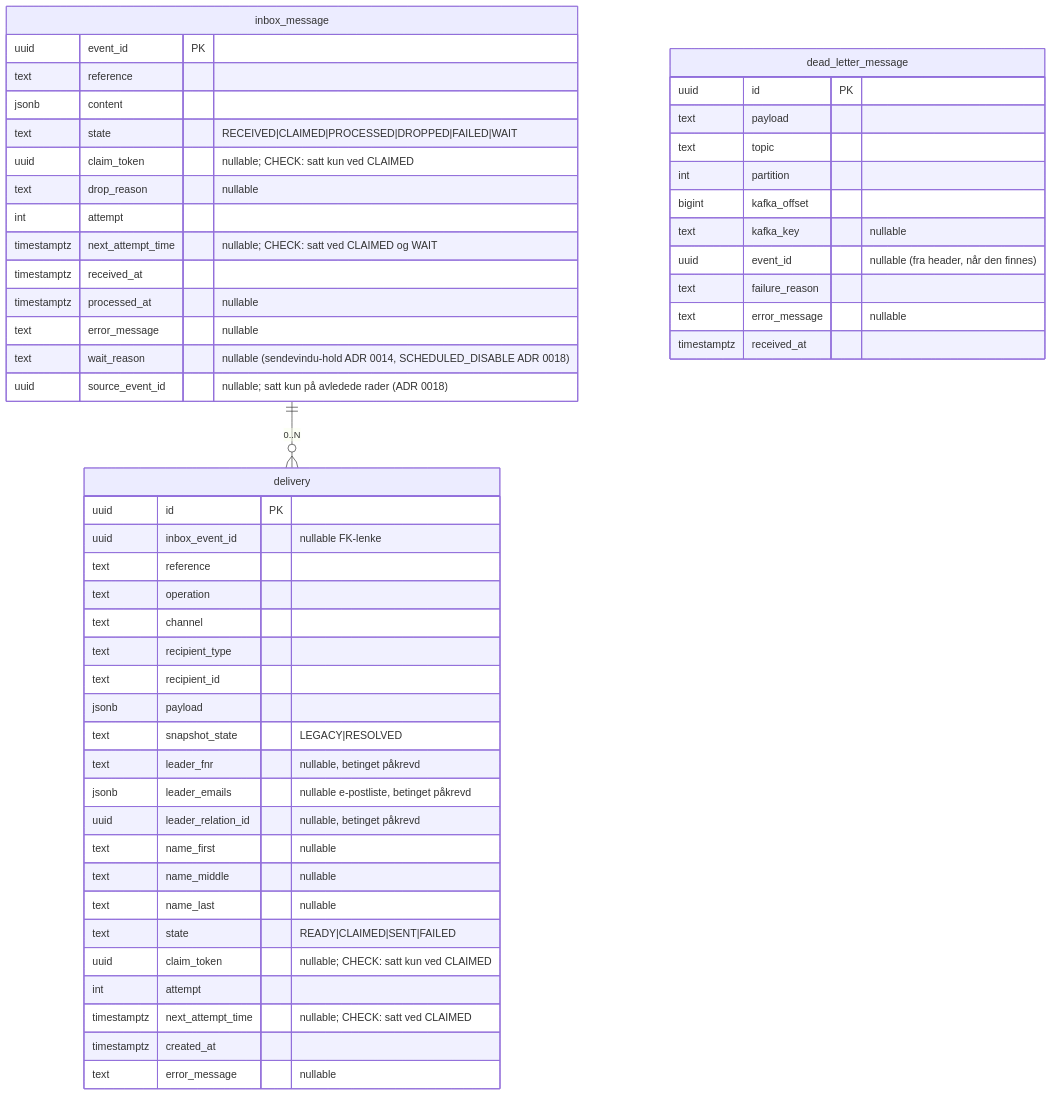
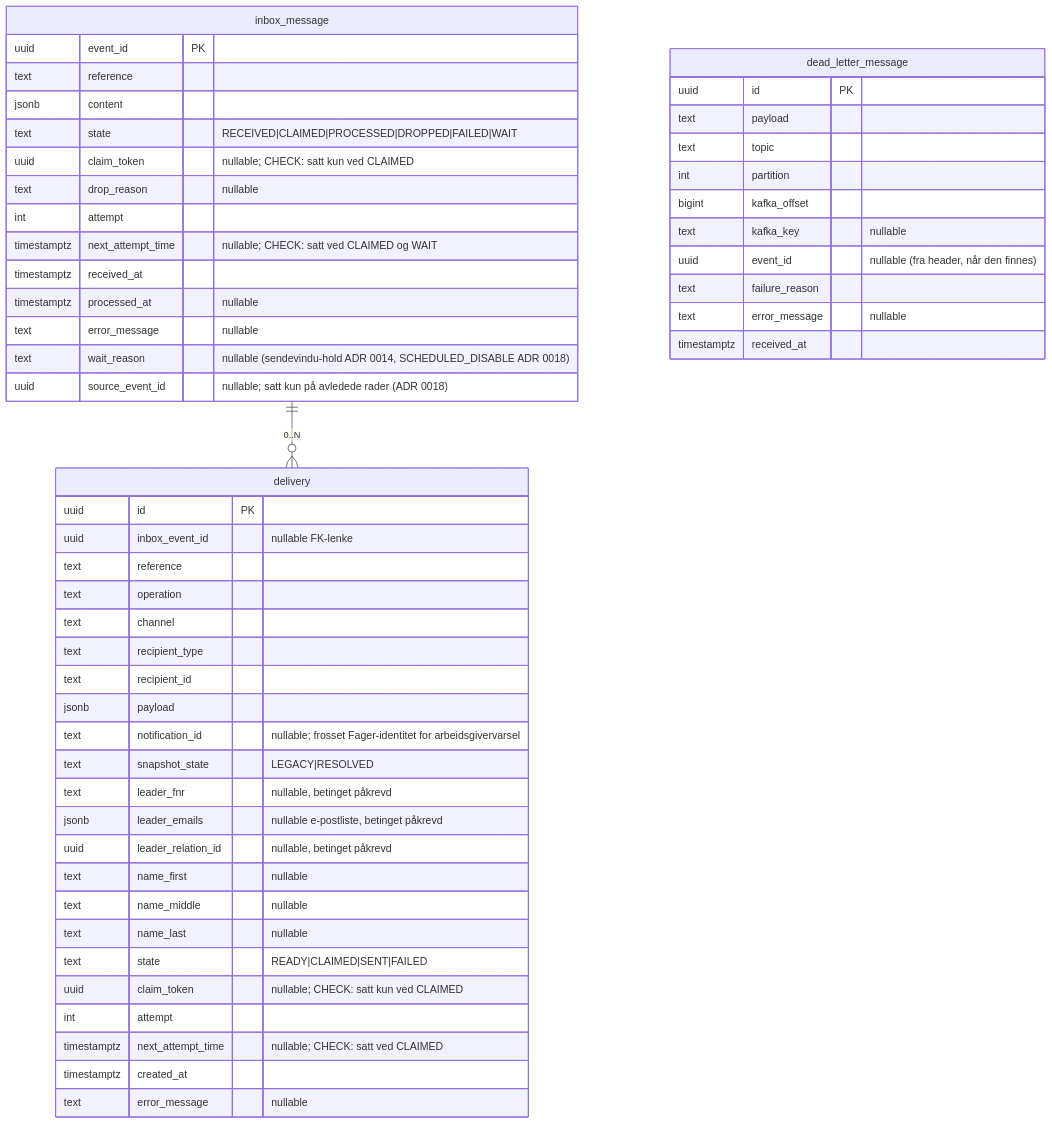
One commit to navikt/syfo-budstikka changed the diagram in docs/datamodell.md. Above: the diagram before and after it, drawn with Mermaid. The commit also changed other lines of this file and 22 other files, not shown here.

````diff
--- a/docs/datamodell.md
+++ b/docs/datamodell.md
@@ -8,57 +8,58 @@
 ```mermaid
 erDiagram
     inbox_message ||--o{ delivery : "0..N"
 
     inbox_message {
         uuid        event_id PK
         text        reference
         jsonb       content
         text        state "RECEIVED|CLAIMED|PROCESSED|DROPPED|FAILED|WAIT"
         uuid        claim_token "nullable; CHECK: satt kun ved CLAIMED"
         text        drop_reason "nullable"
         int         attempt
         timestamptz next_attempt_time "nullable; CHECK: satt ved CLAIMED og WAIT"
         timestamptz received_at
         timestamptz processed_at "nullable"
         text        error_message "nullable"
         text        wait_reason "nullable (sendevindu-hold ADR 0014, SCHEDULED_DISABLE ADR 0018)"
         uuid        source_event_id "nullable; satt kun på avledede rader (ADR 0018)"
     }
 
     delivery {
         uuid        id PK
         uuid        inbox_event_id "nullable FK-lenke"
         text        reference
         text        operation
         text        channel
         text        recipient_type
         text        recipient_id
         jsonb       payload
+        text        notification_id "nullable; frosset Fager-identitet for arbeidsgivervarsel"
         text        snapshot_state "LEGACY|RESOLVED"
         text        leader_fnr "nullable, betinget påkrevd"
         jsonb       leader_emails "nullable e-postliste, betinget påkrevd"
         uuid        leader_relation_id "nullable, betinget påkrevd"
         text        name_first "nullable"
         text        name_middle "nullable"
         text        name_last "nullable"
         text        state "READY|CLAIMED|SENT|FAILED"
         uuid        claim_token "nullable; CHECK: satt kun ved CLAIMED"
         int         attempt
         timestamptz next_attempt_time "nullable; CHECK: satt ved CLAIMED"
         timestamptz created_at
         text        error_message "nullable"
     }
 
     dead_letter_message {
         uuid        id PK
         text        payload
         text        topic
         int         partition
         bigint      kafka_offset
         text        kafka_key "nullable"
         uuid        event_id "nullable (fra header, når den finnes)"
         text        failure_reason
         text        error_message "nullable"
         timestamptz received_at
     }
 ```
````
